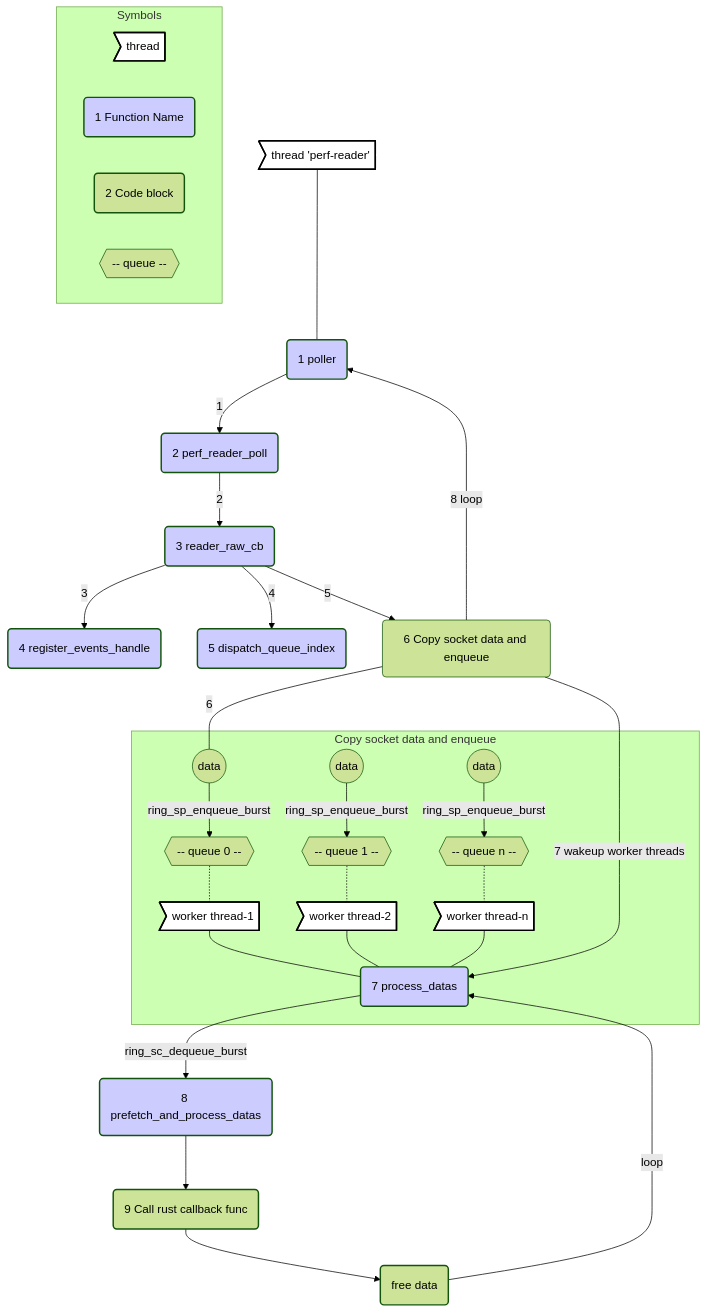
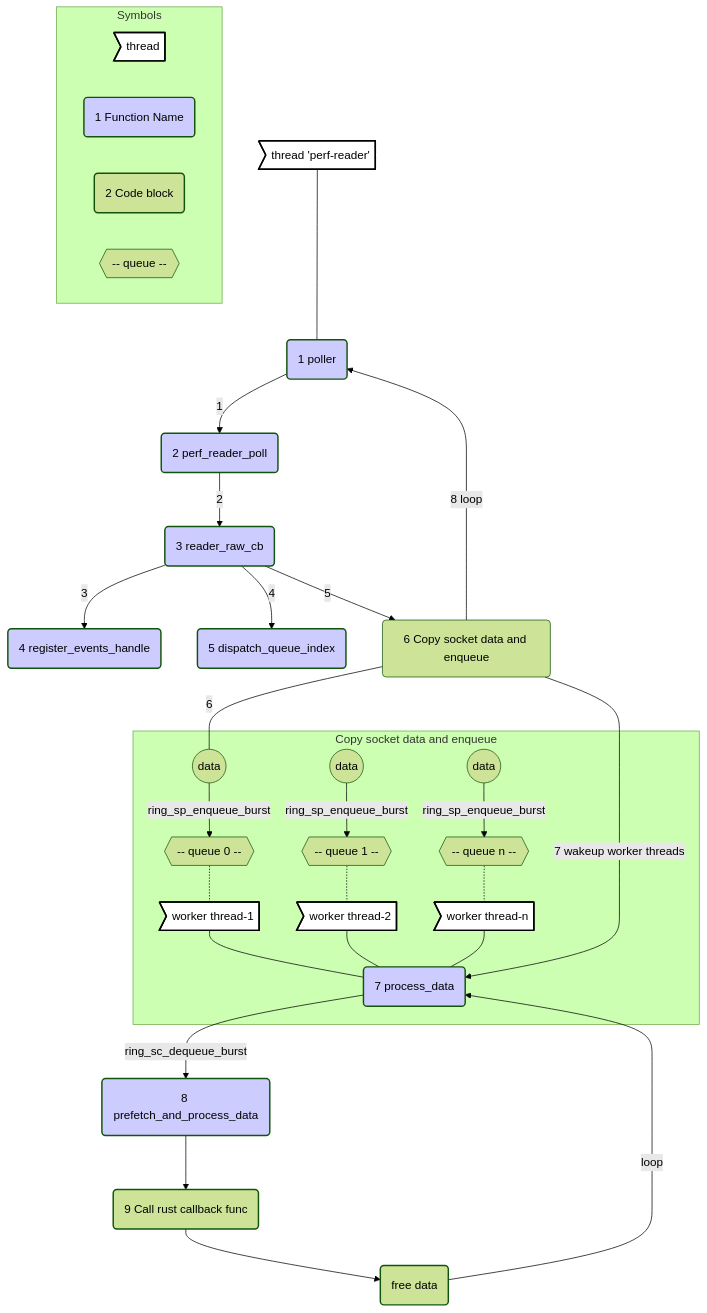
One commit to deepflowio/deepflow changed the third of 7 diagrams in agent/src/ebpf/README.md. Above: the diagram before and after it, drawn with Mermaid (forest theme). The commit also changed other lines of this file and 54 other files, not shown here.

````diff
--- a/agent/src/ebpf/README.md
+++ b/agent/src/ebpf/README.md
@@ -244,43 +244,43 @@
 ```mermaid
 graph TD
 subgraph Symbols
     style illustration-thread fill:#fff,color:#000,stroke:#000,stroke-width:2px
     style illustration-func fill:#ccff,color:#000, stroke-width:2px
     style illustration-code-block stroke-width:2px
     illustration-func(1 Function Name)
     illustration-code-block(2 Code block)
     illustration-thread>thread]
     illustration-ring{{ -- queue -- }}
 end
     style poller fill:#ccff,color:#000, stroke-width:2px
     style start  fill:#fff,color:#000,stroke:#000,stroke-width:2px
     style worker  fill:#fff,color:#000,stroke:#000,stroke-width:2px
     style worker_1  fill:#fff,color:#000,stroke:#000,stroke-width:2px
     style worker_2  fill:#fff,color:#000,stroke:#000,stroke-width:2px
     style perf_reader_poll fill:#ccff,color:#000, stroke-width:2px
-    style process_datas fill:#ccff,color:#000, stroke-width:2px
+    style process_data fill:#ccff,color:#000, stroke-width:2px
     style reader_raw_cb fill:#ccff,color:#000, stroke-width:2px
     style register_events_handle fill:#ccff,color:#000, stroke-width:2px
     style dispatch_queue_index fill:#ccff,color:#000, stroke-width:2px
-    style prefetch_and_process_datas fill:#ccff,color:#000, stroke-width:2px
+    style prefetch_and_process_data fill:#ccff,color:#000, stroke-width:2px
     style rust_callback stroke-width:2px
     style free stroke-width:2px
 
     start>thread 'perf-reader'] --- poller(1 poller)-->|1|perf_reader_poll(2 perf_reader_poll)-->|2|reader_raw_cb(3 reader_raw_cb)
     reader_raw_cb-->|3|register_events_handle(4 register_events_handle)
     reader_raw_cb-->|4|dispatch_queue_index(5 dispatch_queue_index)
     reader_raw_cb-->|5|copy_data_and_enqueue(6 Copy socket data and enqueue)
     subgraph Copy socket data and enqueue
-    id0((data))-->|ring_sp_enqueue_burst|ring0{{ -- queue 0 -- }}-.-worker>worker thread-1] --- process_datas(7 process_datas)
-    id1((data))-->|ring_sp_enqueue_burst|ring1{{ -- queue 1 -- }}-.-worker_1>worker thread-2] --- process_datas
-    idn((data))-->|ring_sp_enqueue_burst|ring2{{ -- queue n -- }}-.-worker_2>worker thread-n] --- process_datas
+    id0((data))-->|ring_sp_enqueue_burst|ring0{{ -- queue 0 -- }}-.-worker>worker thread-1] --- process_data(7 process_data)
+    id1((data))-->|ring_sp_enqueue_burst|ring1{{ -- queue 1 -- }}-.-worker_1>worker thread-2] --- process_data
+    idn((data))-->|ring_sp_enqueue_burst|ring2{{ -- queue n -- }}-.-worker_2>worker thread-n] --- process_data
     end
     copy_data_and_enqueue---|6|id0
-    copy_data_and_enqueue-->|7 wakeup worker threads|process_datas
-    process_datas-->|ring_sc_dequeue_burst|prefetch_and_process_datas(8 prefetch_and_process_datas)
-    prefetch_and_process_datas-->rust_callback(9 Call rust callback func)
+    copy_data_and_enqueue-->|7 wakeup worker threads|process_data
+    process_data-->|ring_sc_dequeue_burst|prefetch_and_process_data(8 prefetch_and_process_data)
+    prefetch_and_process_data-->rust_callback(9 Call rust callback func)
     rust_callback-->free(free data)
 
     copy_data_and_enqueue-->|8 loop|poller
-    free-->|loop|process_datas
+    free-->|loop|process_data
 ```
````
